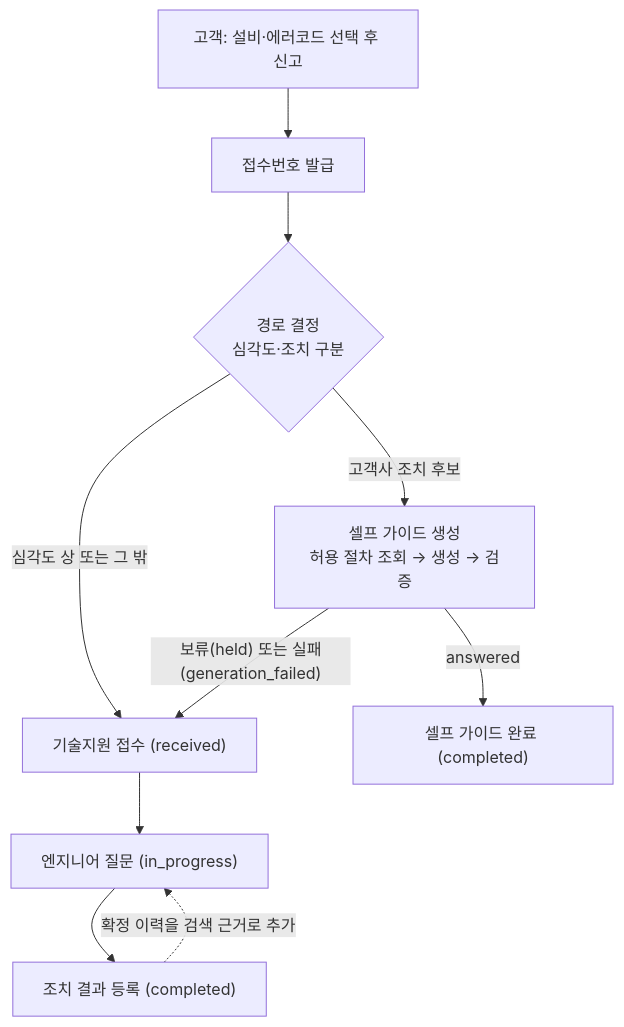
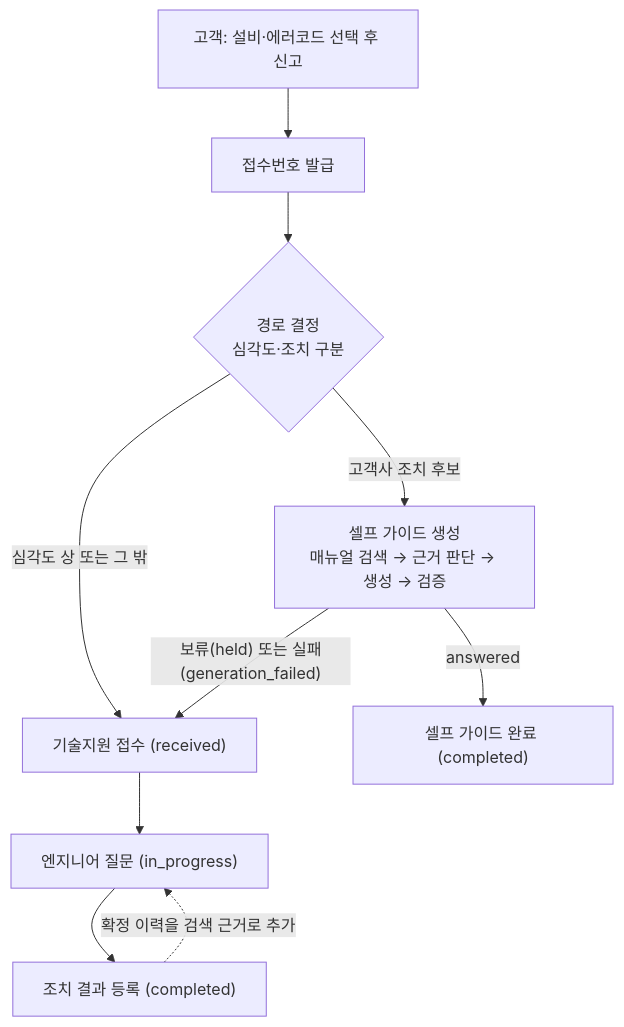
The diagram in README.md (movebrain/m-pilot), drawn with Mermaid before and after one commit. The commit also changed other lines of this file and 6 other files, not shown here.

````diff
--- a/README.md
+++ b/README.md
@@ -79,12 +79,12 @@
 ```mermaid
 flowchart TD
     A["고객: 설비·에러코드 선택 후 신고"] --> B["접수번호 발급"]
     B --> C{"경로 결정<br/>심각도·조치 구분"}
-    C -->|"고객사 조치 후보"| G["셀프 가이드 생성<br/>허용 절차 조회 → 생성 → 검증"]
+    C -->|"고객사 조치 후보"| G["셀프 가이드 생성<br/>매뉴얼 검색 → 근거 판단 → 생성 → 검증"]
     C -->|"심각도 상 또는 그 밖"| S["기술지원 접수 (received)"]
     G -->|"answered"| D["셀프 가이드 완료 (completed)"]
     G -->|"보류(held) 또는 실패(generation_failed)"| S
     S --> I["엔지니어 질문 (in_progress)"]
     I --> K["조치 결과 등록 (completed)"]
     K -.->|"확정 이력을 검색 근거로 추가"| I
 ```
````
